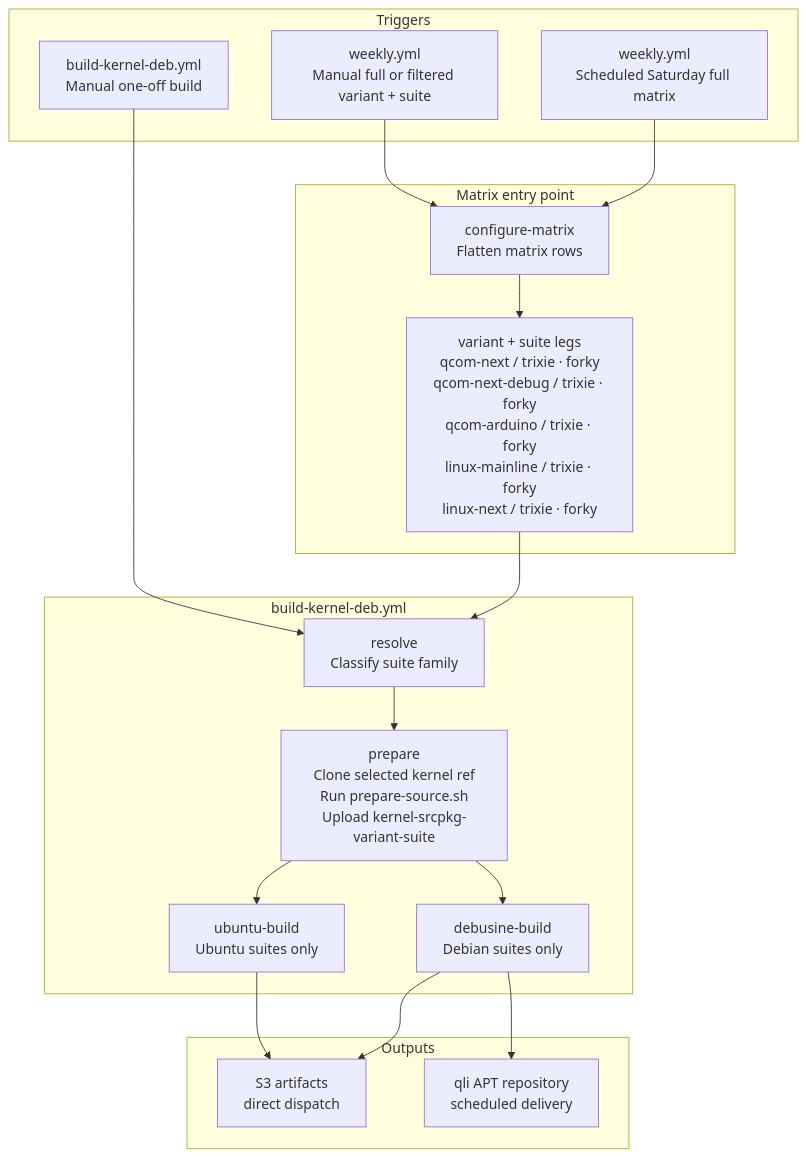
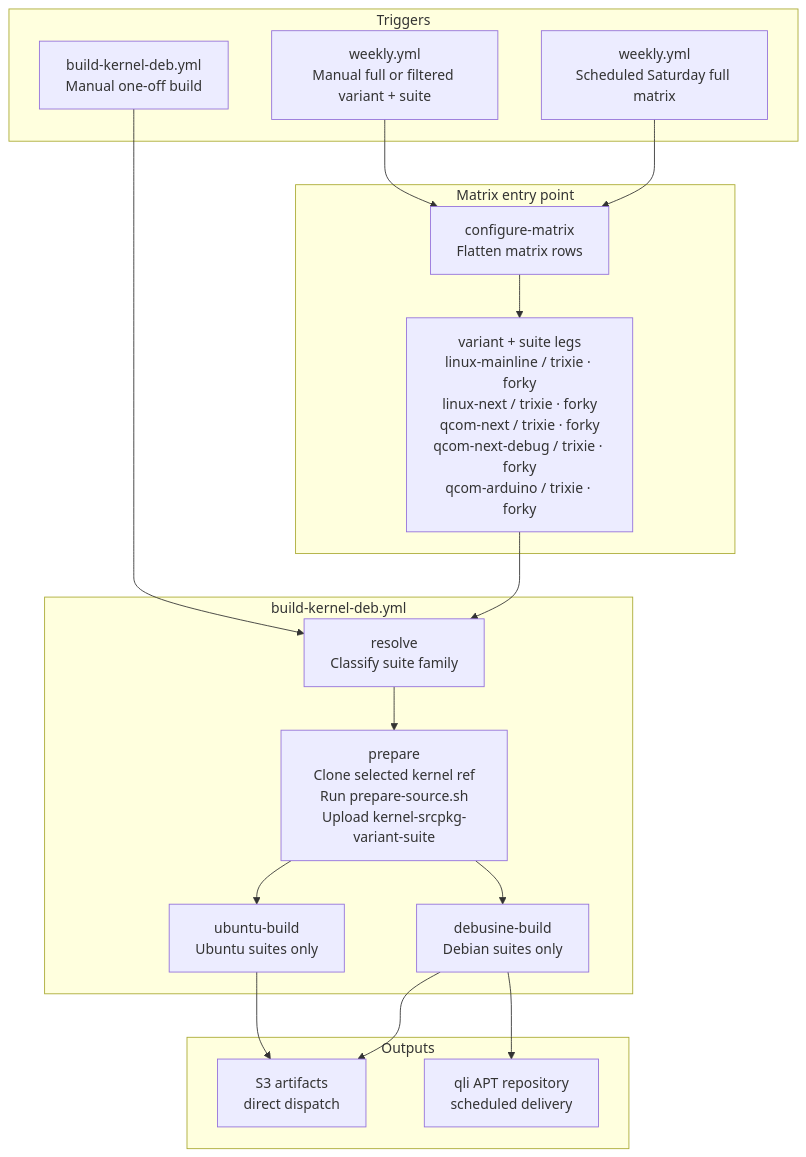
Before and after one commit to qualcomm-linux/pkg-linux-qcom: the second of 6 diagrams in README.md, drawn with Mermaid. The commit also changed 1 other file, not shown here.

Commit message:
ci: order the matrix from upstream to downstream
The rows were in the order they were added, which no longer tells the
reader anything. Order them by distance from upstream instead:
linux-mainline, linux-next, then the Qualcomm trees qcom-next,
qcom-next-debug, and qcom-arduino.

Only row order changes; every field keeps its value. The README table
and the pipeline diagram follow the same order.

````diff
--- a/README.md
+++ b/README.md
@@ -244,34 +244,34 @@
 ```mermaid
 flowchart TD
     subgraph triggers[Triggers]
         A1["weekly.yml\nScheduled Saturday full matrix"]
         A2["weekly.yml\nManual full or filtered variant + suite"]
         A3["build-kernel-deb.yml\nManual one-off build"]
     end
 
     subgraph matrix[Matrix entry point]
         B1["configure-matrix\nFlatten matrix rows"]
-        B2["variant + suite legs\nqcom-next / trixie · forky\nqcom-next-debug / trixie · forky\nqcom-arduino / trixie · forky\nlinux-mainline / trixie · forky\nlinux-next / trixie · forky"]
+        B2["variant + suite legs\nlinux-mainline / trixie · forky\nlinux-next / trixie · forky\nqcom-next / trixie · forky\nqcom-next-debug / trixie · forky\nqcom-arduino / trixie · forky"]
     end
 
     subgraph orchestrator[build-kernel-deb.yml]
         C1["resolve\nClassify suite family"]
         C2["prepare\nClone selected kernel ref\nRun prepare-source.sh\nUpload kernel-srcpkg-variant-suite"]
         C3["debusine-build\nDebian suites only"]
         C4["ubuntu-build\nUbuntu suites only"]
     end
 
     subgraph outputs[Outputs]
         D1["S3 artifacts\ndirect dispatch"]
         D2["qli APT repository\nscheduled delivery"]
     end
 
     A1 --> B1
     A2 --> B1
     B1 --> B2 --> C1
     A3 --> C1
     C1 --> C2
     C2 --> C3 & C4
     C3 --> D1 & D2
     C4 --> D1
 ```
````
